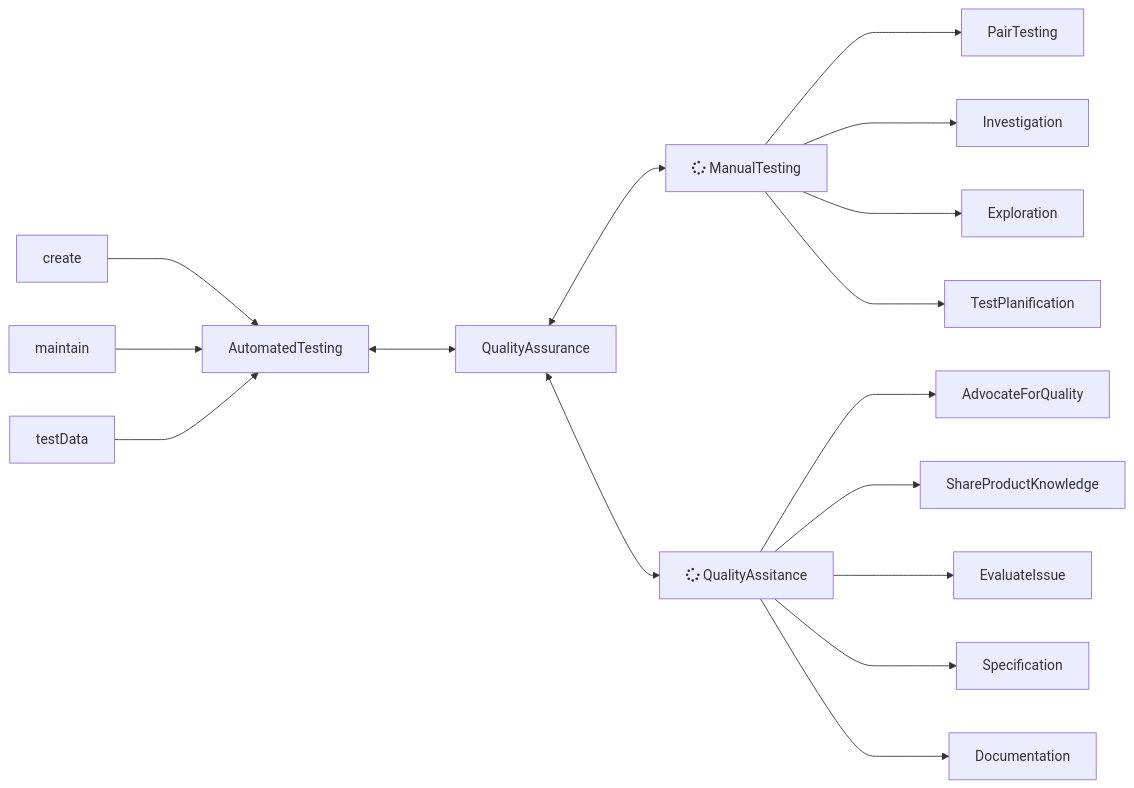
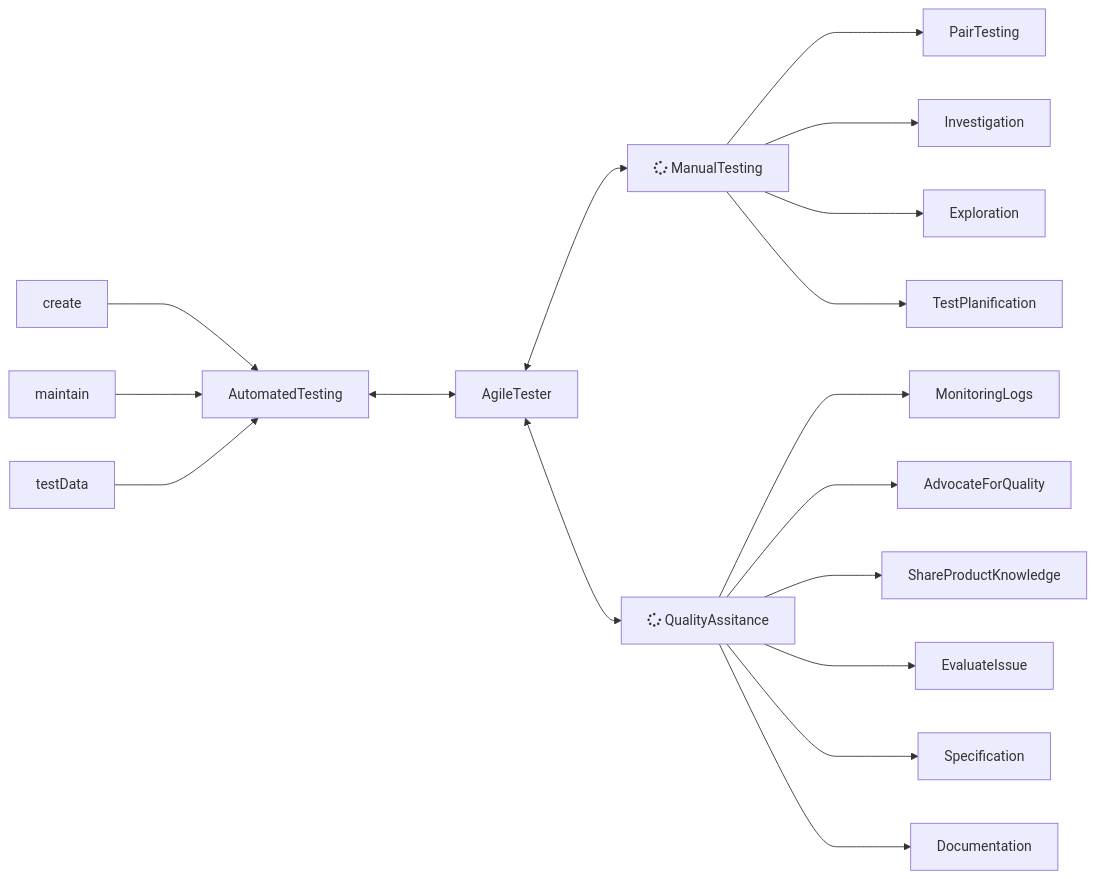
Before and after one commit to kpl1/kpl1.github.io: the diagram in docs/02-reflectionVision.md, drawn with Mermaid. The commit also changed other lines of this file and 2 other files, not shown here.

````diff
--- a/docs/02-reflectionVision.md
+++ b/docs/02-reflectionVision.md
@@ -12,18 +17,19 @@
 ```mermaid
 graph LR
     create ---> AutomatedTesting
     maintain ---> AutomatedTesting
     testData ---> AutomatedTesting
-    AutomatedTesting <---> QualityAssurance
-    QualityAssurance<-->A[fa:fa-spinner ManualTesting]
-    QualityAssurance<-->B(fa:fa-spinner QualityAssitance)
+    AutomatedTesting <---> AgileTester
+    AgileTester<-->A[fa:fa-spinner ManualTesting]
+    AgileTester<-->B(fa:fa-spinner QualityAssitance)
     A[fa:fa-spinner ManualTesting] ---> PairTesting
     A[fa:fa-spinner ManualTesting] --->  Investigation
     A[fa:fa-spinner ManualTesting] --->  Exploration
     A[fa:fa-spinner ManualTesting] --->  TestPlanification
+    B[fa:fa-spinner QualityAssitance] ---> MonitoringLogs
     B[fa:fa-spinner QualityAssitance] ---> AdvocateForQuality
     B[fa:fa-spinner QualityAssitance] ---> ShareProductKnowledge
     B[fa:fa-spinner QualityAssitance] ---> EvaluateIssue
     B[fa:fa-spinner QualityAssitance] ---> Specification
     B[fa:fa-spinner QualityAssitance] ---> Documentation
 ```
````
